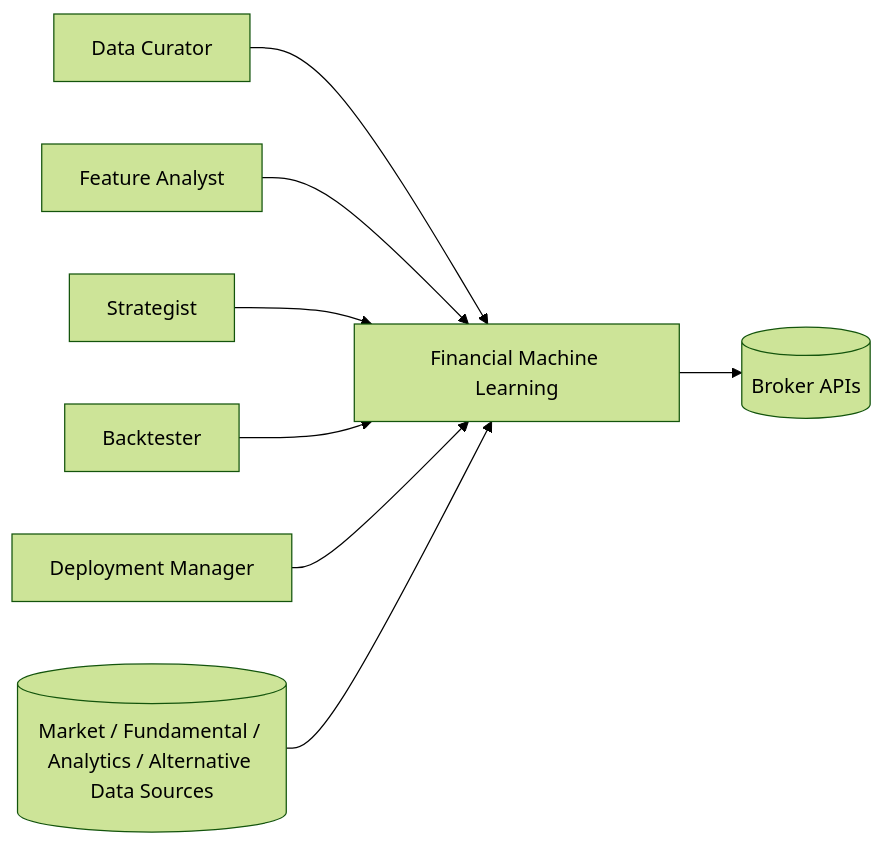
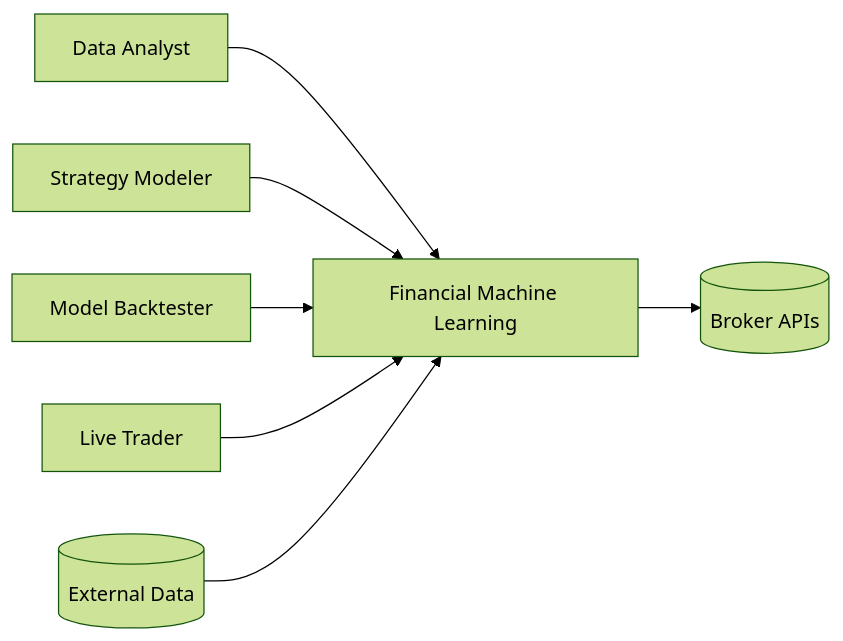
Before and after one commit to kwonjunhyuk9/financial-machine-learning: the first of 6 diagrams in docs/architecture.md, drawn with Mermaid (forest theme). The commit also changed other lines of this file and 4 other files, not shown here.

Commit message:
Updated project architecture docs

````diff
--- a/docs/architecture.md
+++ b/docs/architecture.md
@@ -18,18 +18,16 @@
 ```mermaid
 flowchart LR
-    dc[Data Curator]
-    fa[Feature Analyst]
-    st[Strategist]
-    bt[Backtester]
-    dm[Deployment Manager]
-    ext[(Market / Fundamental / Analytics / Alternative Data Sources)]
+    da[Data Analyst]
+    sm[Strategy Modeler]
+    mb[Model Backtester]
+    lt[Live Trader]
+    ext[(External Data)]
     broker[(Broker APIs)]
     sys[Financial Machine Learning]
-    dc --> sys
-    fa --> sys
-    st --> sys
-    bt --> sys
-    dm --> sys
+    da --> sys
+    sm --> sys
+    mb --> sys
+    lt --> sys
     ext --> sys
     sys --> broker
 ```
````
